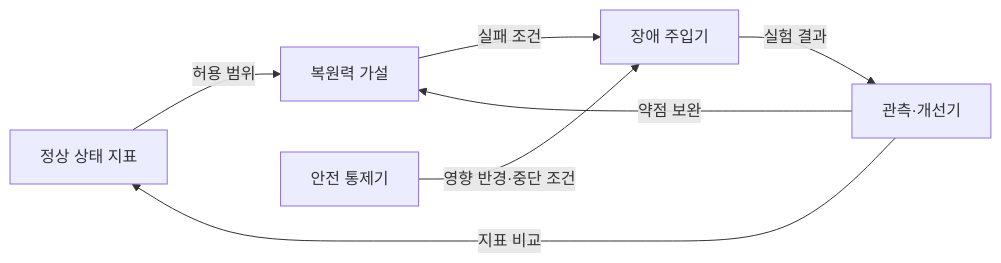
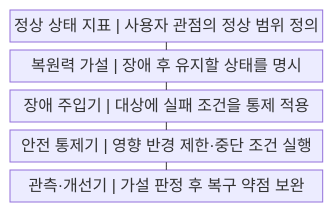
Before and after one commit to agnusdei1207/knowledge-base: the first of 2 diagrams in src/content/docs/notes/03-software/215_chaos_engineering.md, drawn with Mermaid. The commit also changed other lines of this file and 20 other files, not shown here.

````diff
--- a/src/content/docs/notes/03-software/215_chaos_engineering.md
+++ b/src/content/docs/notes/03-software/215_chaos_engineering.md
@@ -52,9 +51,13 @@
 ```mermaid
-flowchart LR
-    A["정상 상태 지표"] -->|허용 범위| B["복원력 가설"]
-    B -->|실패 조건| C["장애 주입기"]
-    D["안전 통제기"] -->|영향 반경·중단 조건| C
-    C -->|실험 결과| E["관측·개선기"]
-    E -->|지표 비교| A
-    E -->|약점 보완| B
+block
+    columns 1
+    A["정상 상태 지표 | 사용자 관점의 정상 범위 정의"]
+    B["복원력 가설 | 장애 후 유지할 상태를 명시"]
+    C["장애 주입기 | 대상에 실패 조건을 통제 적용"]
+    D["안전 통제기 | 영향 반경 제한·중단 조건 실행"]
+    E["관측·개선기 | 가설 판정 후 복구 약점 보완"]
+    A --- B
+    B --- C
+    C --- D
+    D --- E
 ```
````
